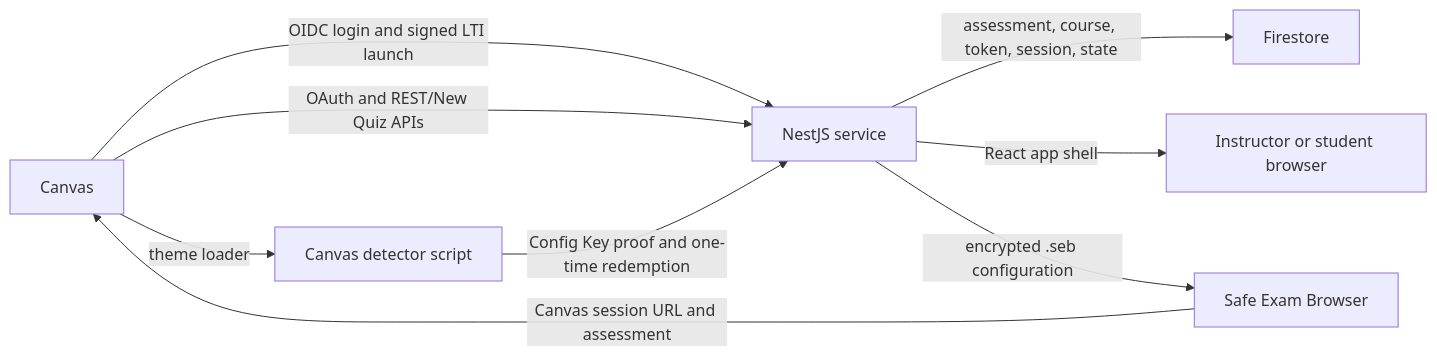
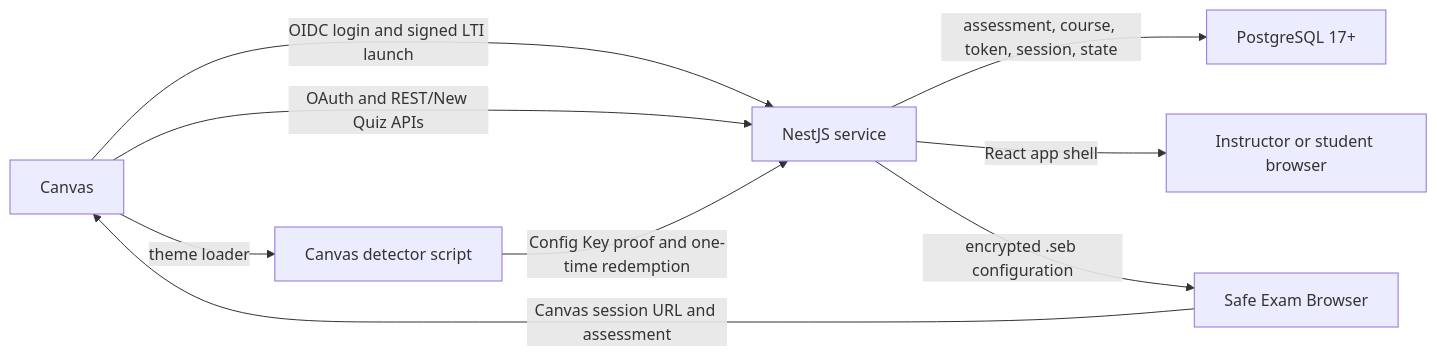
Before and after one commit to JSB2010/safe-online-exam: the diagram in docs/architecture.md, drawn with Mermaid. The commit also changed other lines of this file and 70 other files, not shown here.

````diff
--- a/docs/architecture.md
+++ b/docs/architecture.md
@@ -15,11 +15,11 @@
 ```mermaid
 flowchart LR
   Canvas["Canvas"] -->|"OIDC login and signed LTI launch"| App["NestJS service"]
   Canvas -->|"OAuth and REST/New Quiz APIs"| App
-  App -->|"assessment, course, token, session, state"| Firestore["Firestore"]
+  App -->|"assessment, course, token, session, state"| PostgreSQL["PostgreSQL 17+"]
   App -->|"React app shell"| Browser["Instructor or student browser"]
   Canvas -->|"theme loader"| Detector["Canvas detector script"]
   Detector -->|"Config Key proof and one-time redemption"| App
   App -->|"encrypted .seb configuration"| SEB["Safe Exam Browser"]
   SEB -->|"Canvas session URL and assessment"| Canvas
 ```
````
